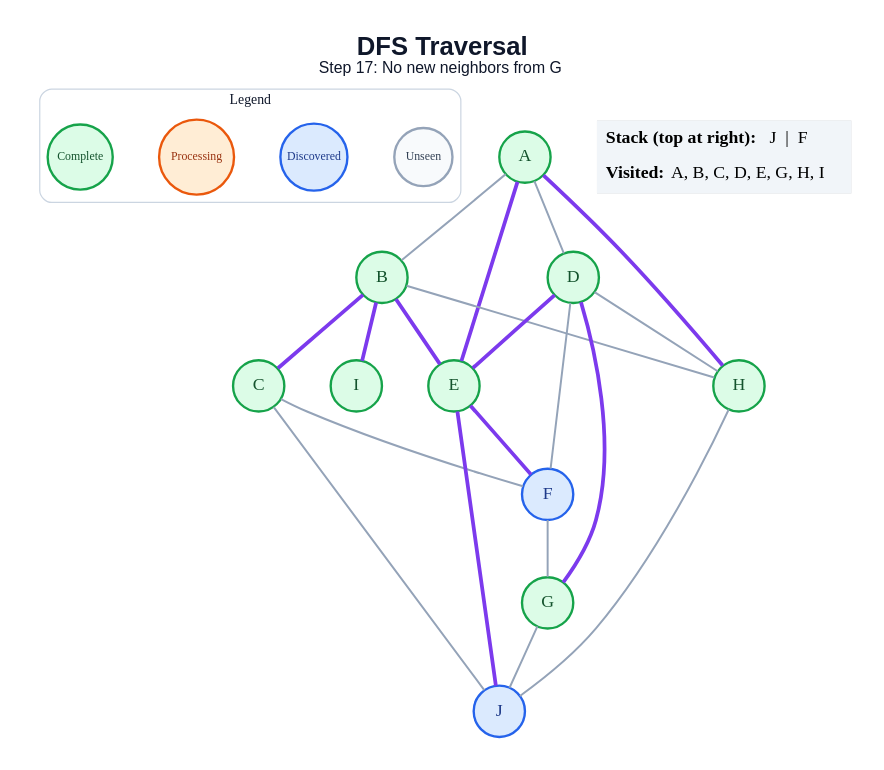
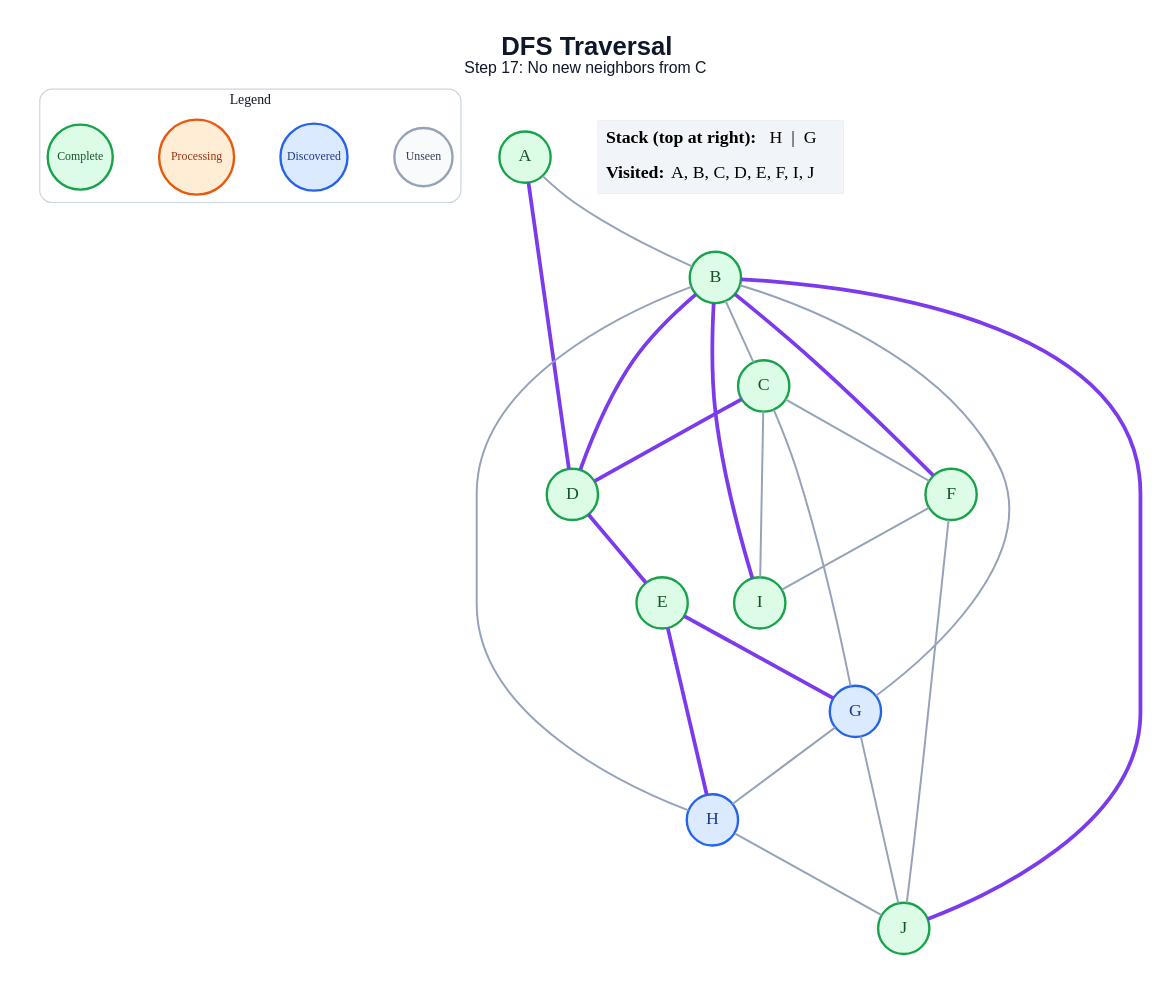
The diagram in generated/specific-node/dfs/step_17.dot (amanghodawala9/ai-slop), drawn with Graphviz before and after one commit. The commit also changed 178 other files, not shown here.

```diff
--- a/generated/specific-node/dfs/step_17.dot
+++ b/generated/specific-node/dfs/step_17.dot
@@ -1,48 +1,50 @@
 graph traversal {
   graph [layout=dot, rankdir=TB, bgcolor="#FFFFFF", pad="0.35", nodesep="0.65", ranksep="0.8", fontname="Arial"];
   node [shape=circle, style="filled", fontname="Arial Bold", fontsize=18, width=0.72, fixedsize=true, penwidth=2.4];
   edge [color="#94A3B8", penwidth=2.0];
-  label=<<B>DFS Traversal</B><BR/><FONT POINT-SIZE="16">Step 17: No new neighbors from G</FONT>>; labelloc="t"; fontsize=26; fontname="Arial"; fontcolor="#0F172A";
+  label=<<B>DFS Traversal</B><BR/><FONT POINT-SIZE="16">Step 17: No new neighbors from C</FONT>>; labelloc="t"; fontsize=26; fontname="Arial"; fontcolor="#0F172A";
   subgraph cluster_legend { label="Legend"; color="#CBD5E1"; penwidth=1.2; style="rounded"; fontsize=14; fontname="Arial Bold";
     key_unseen [label="Unseen", fillcolor="#F8FAFC", color="#94A3B8", fontcolor="#334155", fontsize=12, width=0.82];
     key_frontier [label="Discovered", fillcolor="#DBEAFE", color="#2563EB", fontcolor="#1E3A8A", fontsize=12, width=0.95];
     key_current [label="Processing", fillcolor="#FFEDD5", color="#EA580C", fontcolor="#9A3412", fontsize=12, width=1.05];
     key_done [label="Complete", fillcolor="#DCFCE7", color="#16A34A", fontcolor="#14532D", fontsize=12, width=0.92];
     { rank=same; key_unseen; key_frontier; key_current; key_done; }
   }
   A [fillcolor="#DCFCE7", color="#16A34A", fontcolor="#14532D"];
   B [fillcolor="#DCFCE7", color="#16A34A", fontcolor="#14532D"];
   C [fillcolor="#DCFCE7", color="#16A34A", fontcolor="#14532D"];
   D [fillcolor="#DCFCE7", color="#16A34A", fontcolor="#14532D"];
   E [fillcolor="#DCFCE7", color="#16A34A", fontcolor="#14532D"];
-  F [fillcolor="#DBEAFE", color="#2563EB", fontcolor="#1E3A8A"];
-  G [fillcolor="#DCFCE7", color="#16A34A", fontcolor="#14532D"];
-  H [fillcolor="#DCFCE7", color="#16A34A", fontcolor="#14532D"];
+  F [fillcolor="#DCFCE7", color="#16A34A", fontcolor="#14532D"];
+  G [fillcolor="#DBEAFE", color="#2563EB", fontcolor="#1E3A8A"];
+  H [fillcolor="#DBEAFE", color="#2563EB", fontcolor="#1E3A8A"];
   I [fillcolor="#DCFCE7", color="#16A34A", fontcolor="#14532D"];
-  J [fillcolor="#DBEAFE", color="#2563EB", fontcolor="#1E3A8A"];
+  J [fillcolor="#DCFCE7", color="#16A34A", fontcolor="#14532D"];
   A -- B;
-  A -- D;
-  A -- E [color="#7C3AED", penwidth=3.8];
-  A -- H [color="#7C3AED", penwidth=3.8];
-  B -- C [color="#7C3AED", penwidth=3.8];
-  B -- E [color="#7C3AED", penwidth=3.8];
+  A -- D [color="#7C3AED", penwidth=3.8];
+  B -- C;
+  B -- D [color="#7C3AED", penwidth=3.8];
+  B -- F [color="#7C3AED", penwidth=3.8];
+  B -- G;
   B -- H;
   B -- I [color="#7C3AED", penwidth=3.8];
+  B -- J [color="#7C3AED", penwidth=3.8];
+  C -- D [color="#7C3AED", penwidth=3.8];
   C -- F;
-  C -- J;
+  C -- G;
+  C -- I;
   D -- E [color="#7C3AED", penwidth=3.8];
-  D -- F;
-  D -- G [color="#7C3AED", penwidth=3.8];
-  D -- H;
-  E -- F [color="#7C3AED", penwidth=3.8];
-  E -- J [color="#7C3AED", penwidth=3.8];
-  F -- G;
+  E -- G [color="#7C3AED", penwidth=3.8];
+  E -- H [color="#7C3AED", penwidth=3.8];
+  F -- I;
+  F -- J;
+  G -- H;
   G -- J;
   H -- J;
   status [shape=plain, fixedsize=false, width=0, height=0, margin=0, label=<
     <TABLE BORDER="0" CELLBORDER="0" CELLPADDING="7" BGCOLOR="#F1F5F9">
-      <TR><TD ALIGN="LEFT"><B>Stack (top at right):</B> J  |  F</TD></TR>
-      <TR><TD ALIGN="LEFT"><B>Visited:</B> A, B, C, D, E, G, H, I</TD></TR>
+      <TR><TD ALIGN="LEFT"><B>Stack (top at right):</B> H  |  G</TD></TR>
+      <TR><TD ALIGN="LEFT"><B>Visited:</B> A, B, C, D, E, F, I, J</TD></TR>
     </TABLE>
   >];
 }
```
